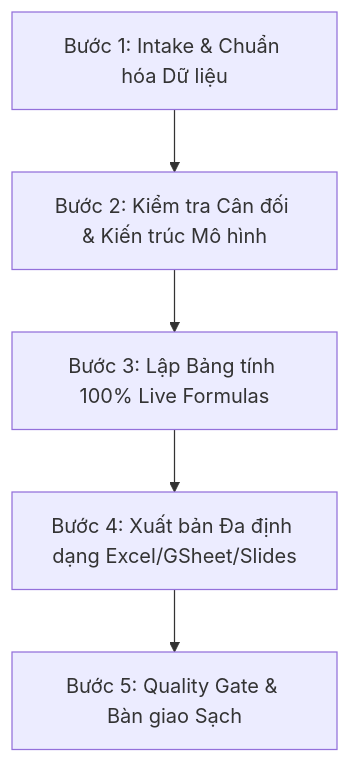
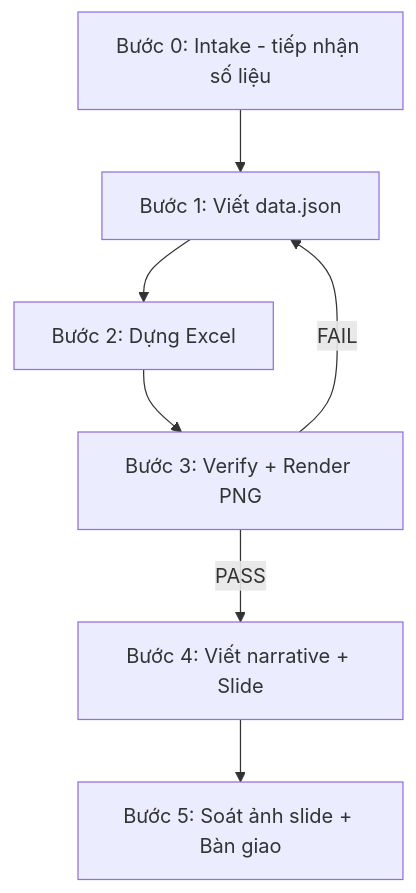
The diagram in .agents/skills/bao-cao-kt/SKILL.md (bangluutru/ai-workforce), drawn with Mermaid before and after one commit. The commit also changed other lines of this file and 10 other files, not shown here.

First line of the commit message:
fix(bao-cao-kt): data-driven P&L model, formula KPIs, CIT input, verify gate

````diff
--- a/.agents/skills/bao-cao-kt/SKILL.md
+++ b/.agents/skills/bao-cao-kt/SKILL.md
@@ -42,7 +38,9 @@
 ```mermaid
 flowchart TD
-    A[Bước 1: Intake & Chuẩn hóa Dữ liệu] --> B[Bước 2: Kiểm tra Cân đối & Kiến trúc Mô hình]
-    B --> C[Bước 3: Lập Bảng tính 100% Live Formulas]
-    C --> D[Bước 4: Xuất bản Đa định dạng Excel/GSheet/Slides]
-    D --> E[Bước 5: Quality Gate & Bàn giao Sạch]
+    A[Bước 0: Intake - tiếp nhận số liệu] --> B[Bước 1: Viết data.json]
+    B --> C[Bước 2: Dựng Excel]
+    C --> D[Bước 3: Verify + Render PNG]
+    D -->|FAIL| B
+    D -->|PASS| E[Bước 4: Viết narrative + Slide]
+    E --> F[Bước 5: Soát ảnh slide + Bàn giao]
 ```
````
